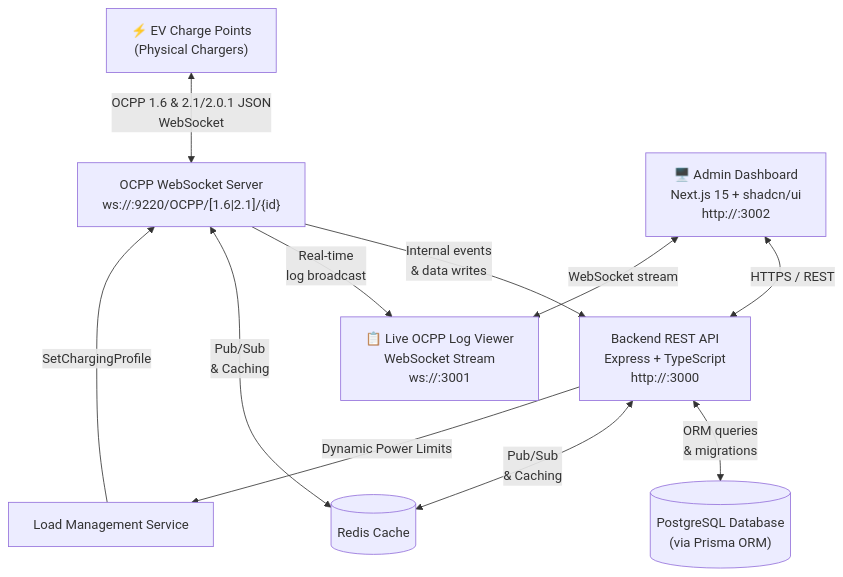
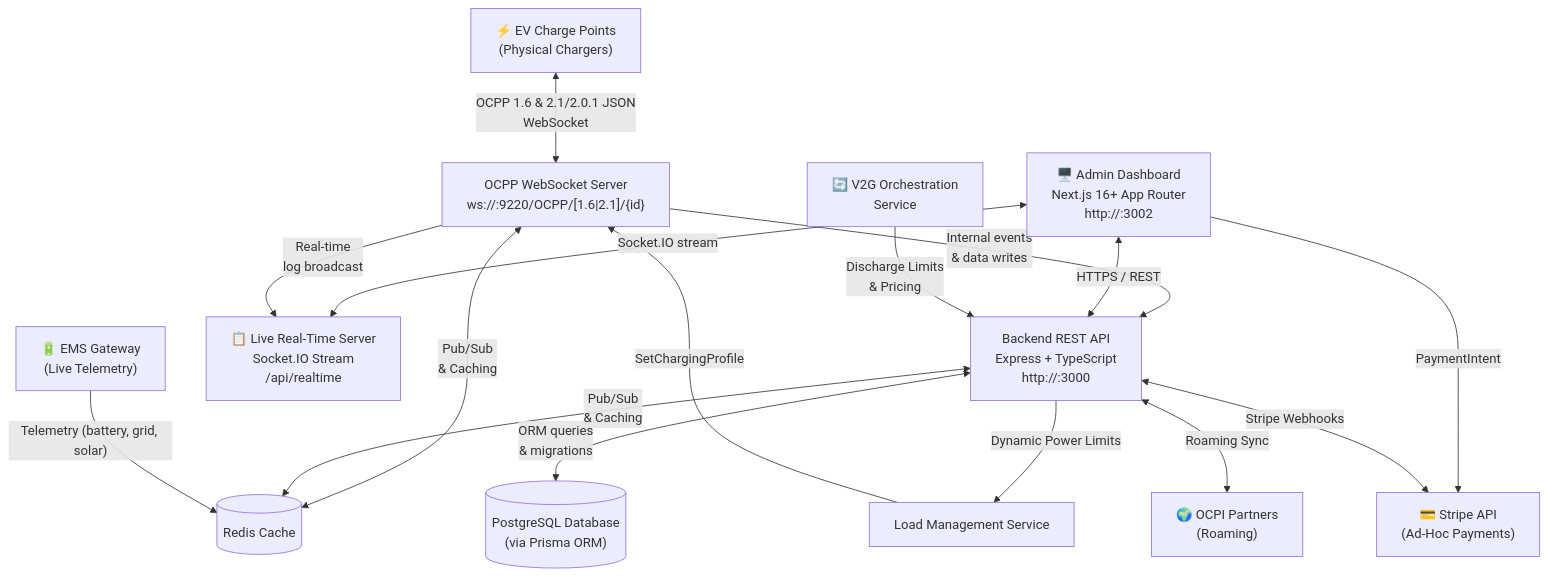
One commit to webdotpulse/OCPP-CPMS changed the diagram in README.md. Above: the diagram before and after it, drawn with Mermaid. The commit also changed other lines of this file, not shown here.

First line of the commit message:
docs: comprehensively update README to reflect latest architecture and features

````diff
--- a/README.md
+++ b/README.md
@@ -67,20 +69,30 @@
 ```mermaid
 flowchart TD
     CP["⚡ EV Charge Points\n(Physical Chargers)"]
     OCPP["OCPP WebSocket Server\nws://:9220/OCPP/[1.6|2.1]/{id}"]
     API["Backend REST API\nExpress + TypeScript\nhttp://:3000"]
     DB[("PostgreSQL Database\n(via Prisma ORM)")]
-    UI["🖥️ Admin Dashboard\nNext.js 15 + shadcn/ui\nhttp://:3002"]
-    LOGS["📋 Live OCPP Log Viewer\nWebSocket Stream\nws://:3001"]
+    UI["🖥️ Admin Dashboard\nNext.js 16+ App Router\nhttp://:3002"]
+    RT["📋 Live Real-Time Server\nSocket.IO Stream\n/api/realtime"]
+    EMS["🔋 EMS Gateway\n(Live Telemetry)"]
+    V2G["🔄 V2G Orchestration\nService"]
+    STRIPE["💳 Stripe API\n(Ad-Hoc Payments)"]
+    OCPI["🌍 OCPI Partners\n(Roaming)"]
 
     CP <-->|"OCPP 1.6 & 2.1/2.0.1 JSON\nWebSocket"| OCPP
     OCPP -->|"Internal events\n& data writes"| API
     API <-->|"ORM queries\n& migrations"| DB
     UI <-->|"HTTPS / REST"| API
-    UI <-->|"WebSocket stream"| LOGS
-    OCPP -->|"Real-time\nlog broadcast"| LOGS
+    UI <-->|"Socket.IO stream"| RT
+    OCPP -->|"Real-time\nlog broadcast"| RT
     OCPP <-->|"Pub/Sub\n& Caching"| REDIS[("Redis Cache")]
     API <-->|"Pub/Sub\n& Caching"| REDIS
     API -->|"Dynamic Power Limits"| LMS["Load Management Service"]
     LMS -->|"SetChargingProfile"| OCPP
+
+    EMS -->|"Telemetry (battery, grid, solar)"| REDIS
+    API <-->|"Roaming Sync"| OCPI
+    UI -->|"PaymentIntent"| STRIPE
+    API <-->|"Stripe Webhooks"| STRIPE
+    V2G -->|"Discharge Limits\n& Pricing"| API
 ```
````
